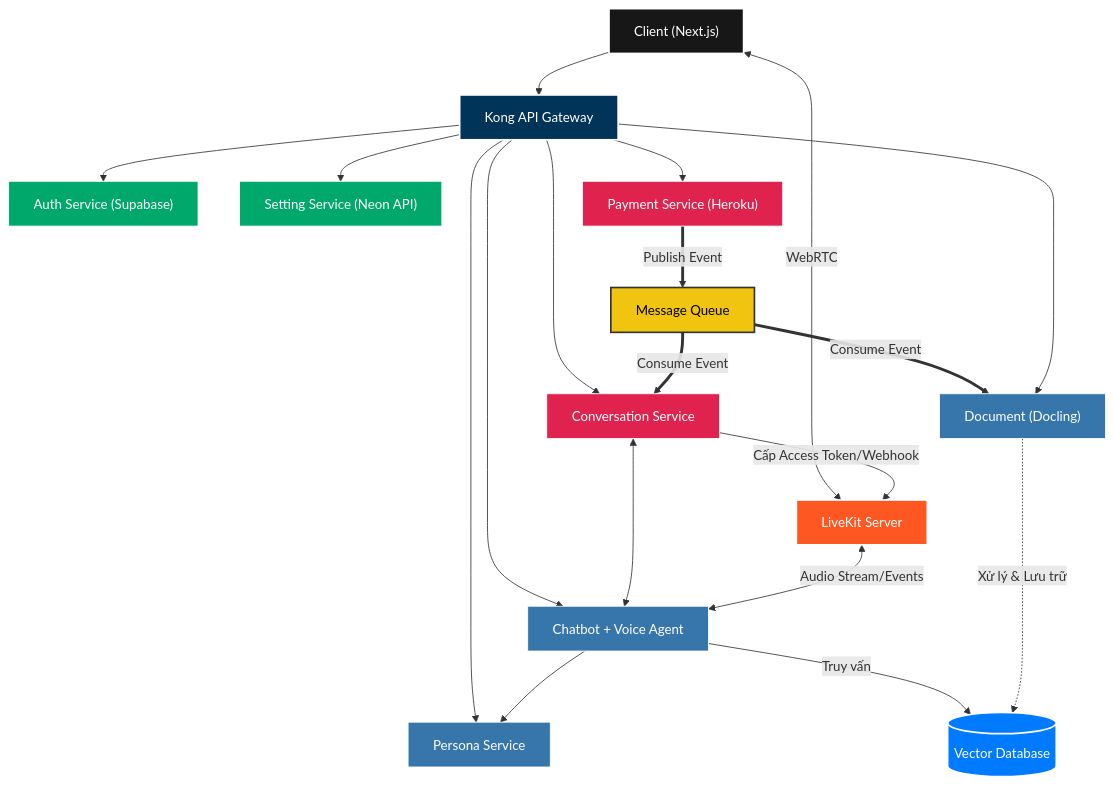
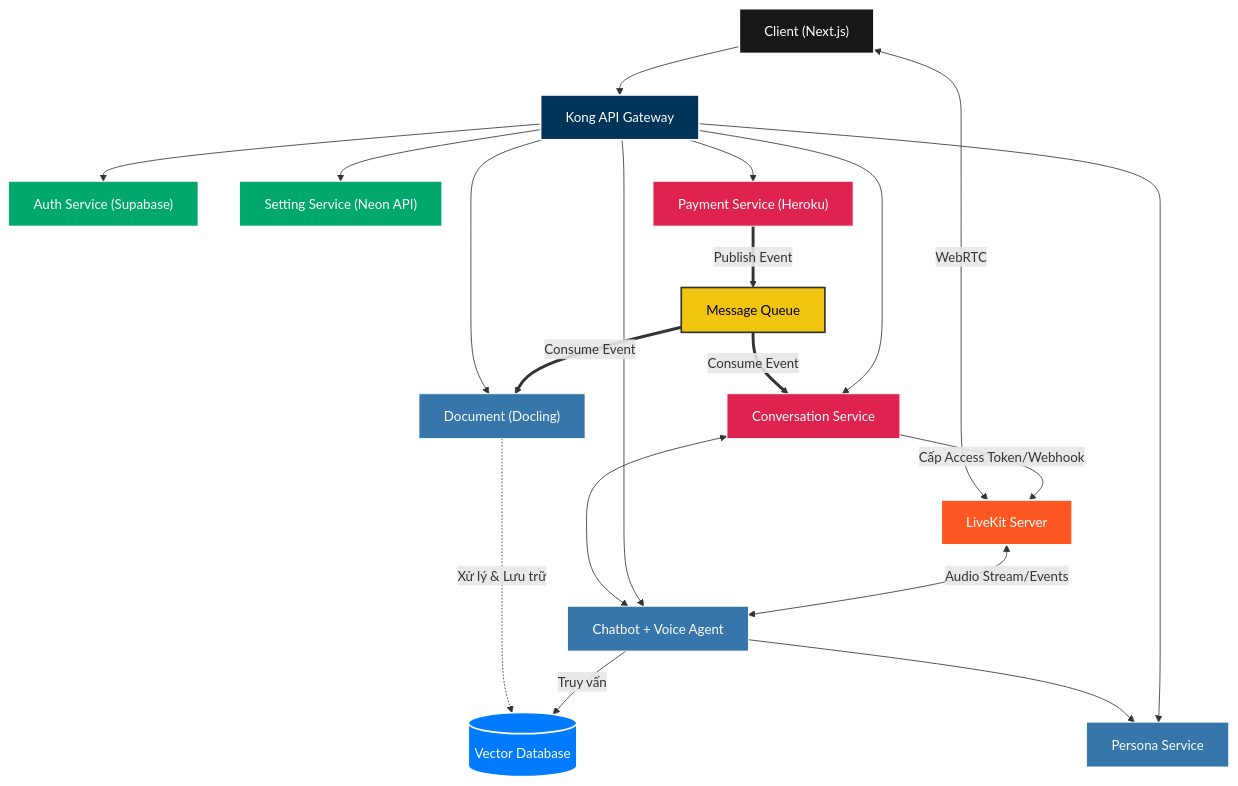
Before and after one commit to 20206205Tech/docs-markdown: the diagram in docs/1. Tổng quan đề tài/1.2. Cơ sở lý thuyết/MSA.mmd, drawn with Mermaid. The commit also changed 1 other file, not shown here.

```diff
--- a/docs/1. Tổng quan đề tài/1.2. Cơ sở lý thuyết/MSA.mmd
+++ b/docs/1. Tổng quan đề tài/1.2. Cơ sở lý thuyết/MSA.mmd
@@ -1,67 +1,69 @@
 graph TB
 
     classDef client fill:#171717,stroke:#fff,stroke-width:2px,color:#fff;
     classDef gateway fill:#003459,stroke:#fff,stroke-width:2px,color:#fff;
     classDef external_svc fill:#00a86b,stroke:#fff,stroke-width:1px,color:#fff;
     classDef internal_nest fill:#e0234e,stroke:#fff,stroke-width:1px,color:#fff;
     classDef internal_python fill:#3776ab,stroke:#fff,stroke-width:1px,color:#fff;
     classDef vector_db fill:#007BFF,stroke:#fff,stroke-width:2px,color:#fff;
     classDef mq fill:#f1c40f,stroke:#333,stroke-width:2px,color:#000;
     classDef rtc fill:#ff5722,stroke:#fff,stroke-width:2px,color:#fff;
 
 
     Client["Client (Next.js)"]:::client
     Kong["Kong API Gateway"]:::gateway
 
 
     Auth["Auth Service (Supabase)"]:::external_svc
     Setting["Setting Service (Neon API)"]:::external_svc
     Payment["Payment Service (Heroku)"]:::internal_nest
 
 
     MQ["Message Queue"]:::mq
 
 
     LiveKit["LiveKit Server"]:::rtc
 
 
     Conv["Conversation Service"]:::internal_nest
     Persona["Persona Service"]:::internal_python
 
 
     Chatbot["Chatbot + Voice Agent"]:::internal_python
     Doc["Document (Docling)"]:::internal_python
 
 
     VectorDB[("Vector Database")]:::vector_db
 
 
+    LiveKit <-->|Audio Stream/Events| Chatbot
+    Conv -->|Cấp Access Token/Webhook| LiveKit
+
+
     Client --> Kong
     Client <-->|WebRTC| LiveKit
 
 
     Kong --> Auth
     Kong --> Setting
     Kong --> Payment
     Kong --> Conv
     Kong --> Persona
     Kong --> Chatbot
 
 
     Conv <--> Chatbot
     Chatbot --> Persona
 
 
-    LiveKit <-->|Audio Stream/Events| Chatbot
-    Conv -->|Cấp Access Token/Webhook| LiveKit
 
 
     Chatbot -->|Truy vấn| VectorDB
     Doc -.->|Xử lý & Lưu trữ| VectorDB
 
 
     Payment == Publish Event ==> MQ
     MQ == Consume Event ==> Conv
     MQ == Consume Event ==> Doc
 
     Kong --> Doc
```
